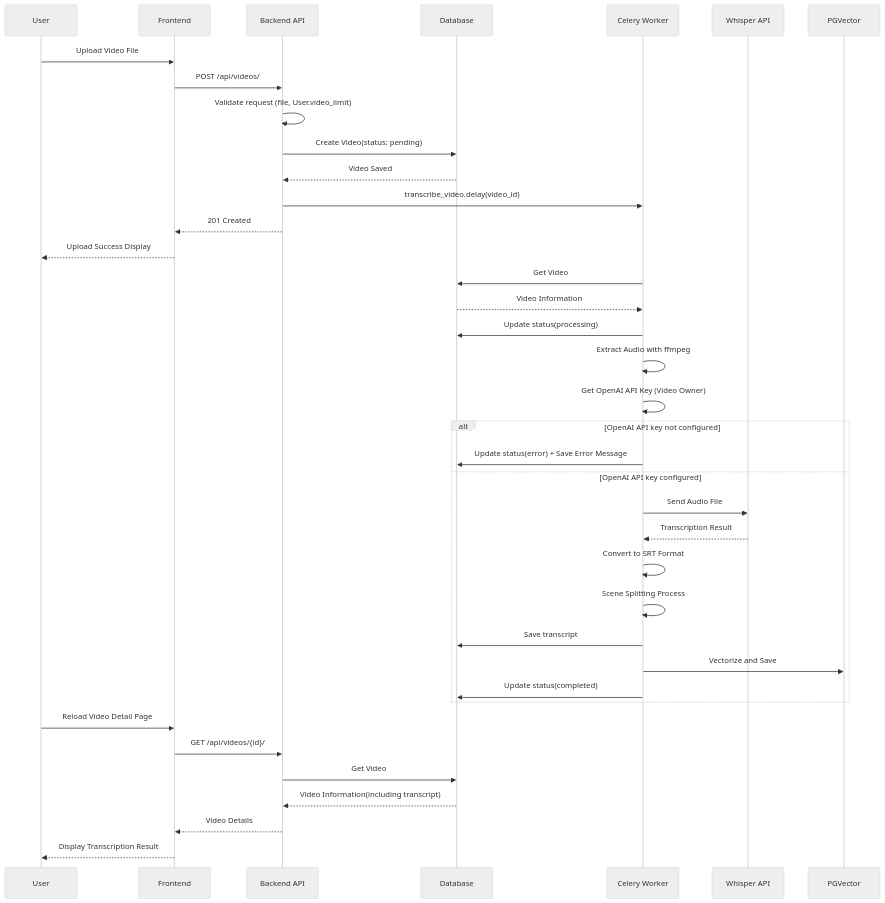
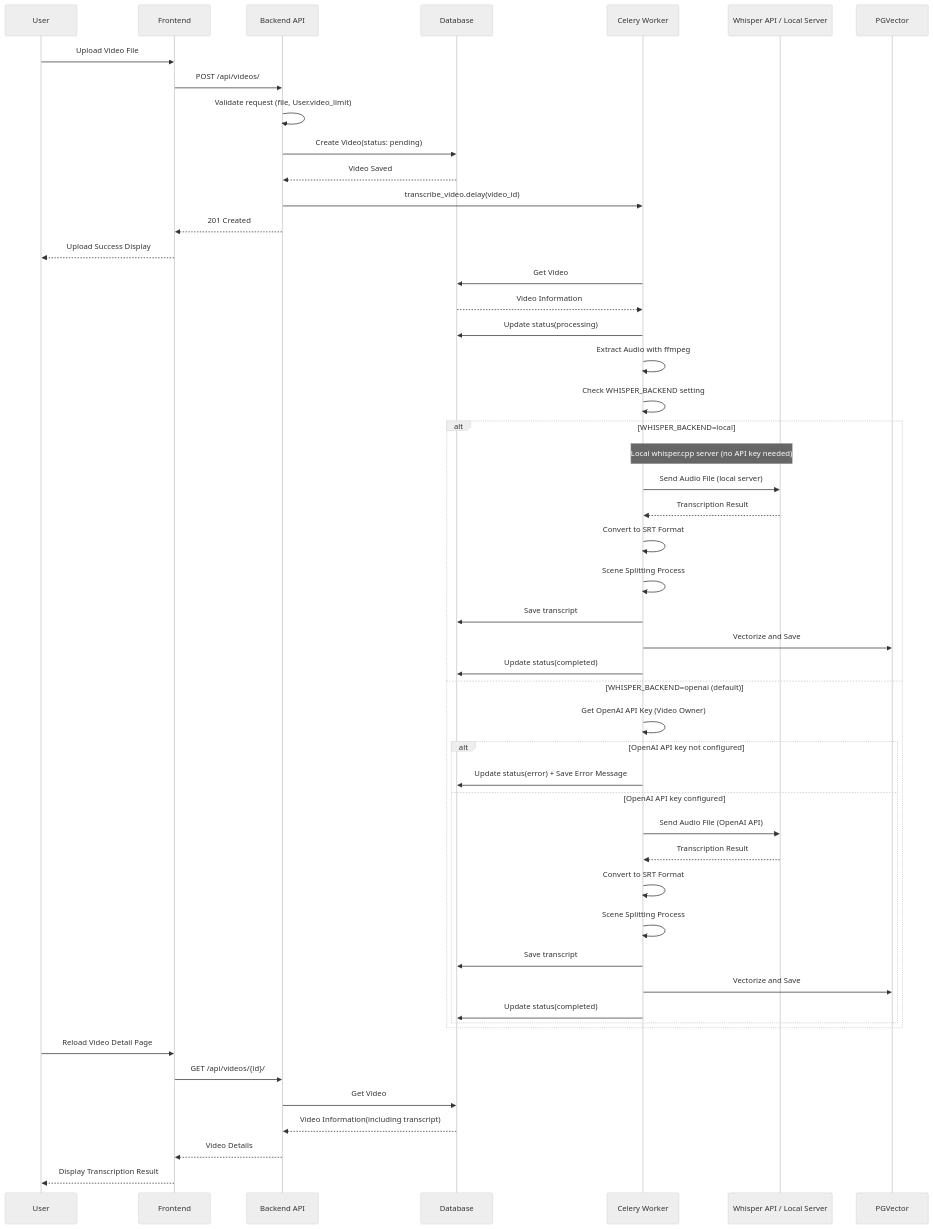
One commit to yukiharada1228/videoq changed the first of 6 diagrams in docs/design/sequence-diagram.md. Above: the diagram before and after it, drawn with Mermaid (neutral theme). The commit also changed 11 other files, not shown here.

````diff
--- a/docs/design/sequence-diagram.md
+++ b/docs/design/sequence-diagram.md
@@ -9,43 +9,55 @@
 ```mermaid
 sequenceDiagram
     participant User as User
     participant Frontend as Frontend
     participant Backend as Backend API
     participant DB as Database
     participant Celery as Celery Worker
-    participant Whisper as Whisper API
+    participant Whisper as Whisper API / Local Server
     participant PGVector as PGVector
 
     User->>Frontend: Upload Video File
     Frontend->>Backend: POST /api/videos/
     Backend->>Backend: Validate request (file, User.video_limit)
     Backend->>DB: Create Video(status: pending)
     DB-->>Backend: Video Saved
     Backend->>Celery: transcribe_video.delay(video_id)
     Backend-->>Frontend: 201 Created
     Frontend-->>User: Upload Success Display
-    
+
     Celery->>DB: Get Video
     DB-->>Celery: Video Information
     Celery->>DB: Update status(processing)
     Celery->>Celery: Extract Audio with ffmpeg
-    Celery->>Celery: Get OpenAI API Key (Video Owner)
-    alt OpenAI API key not configured
-        Celery->>DB: Update status(error) + Save Error Message
-    else OpenAI API key configured
-        Celery->>Whisper: Send Audio File
+    Celery->>Celery: Check WHISPER_BACKEND setting
+    alt WHISPER_BACKEND=local
+        Note over Celery,Whisper: Local whisper.cpp server (no API key needed)
+        Celery->>Whisper: Send Audio File (local server)
         Whisper-->>Celery: Transcription Result
         Celery->>Celery: Convert to SRT Format
         Celery->>Celery: Scene Splitting Process
         Celery->>DB: Save transcript
         Celery->>PGVector: Vectorize and Save
         Celery->>DB: Update status(completed)
+    else WHISPER_BACKEND=openai (default)
+        Celery->>Celery: Get OpenAI API Key (Video Owner)
+        alt OpenAI API key not configured
+            Celery->>DB: Update status(error) + Save Error Message
+        else OpenAI API key configured
+            Celery->>Whisper: Send Audio File (OpenAI API)
+            Whisper-->>Celery: Transcription Result
+            Celery->>Celery: Convert to SRT Format
+            Celery->>Celery: Scene Splitting Process
+            Celery->>DB: Save transcript
+            Celery->>PGVector: Vectorize and Save
+            Celery->>DB: Update status(completed)
+        end
     end
     
     User->>Frontend: Reload Video Detail Page
     Frontend->>Backend: GET /api/videos/{id}/
     Backend->>DB: Get Video
     DB-->>Backend: Video Information(including transcript)
     Backend-->>Frontend: Video Details
     Frontend-->>User: Display Transcription Result
 ```
````
